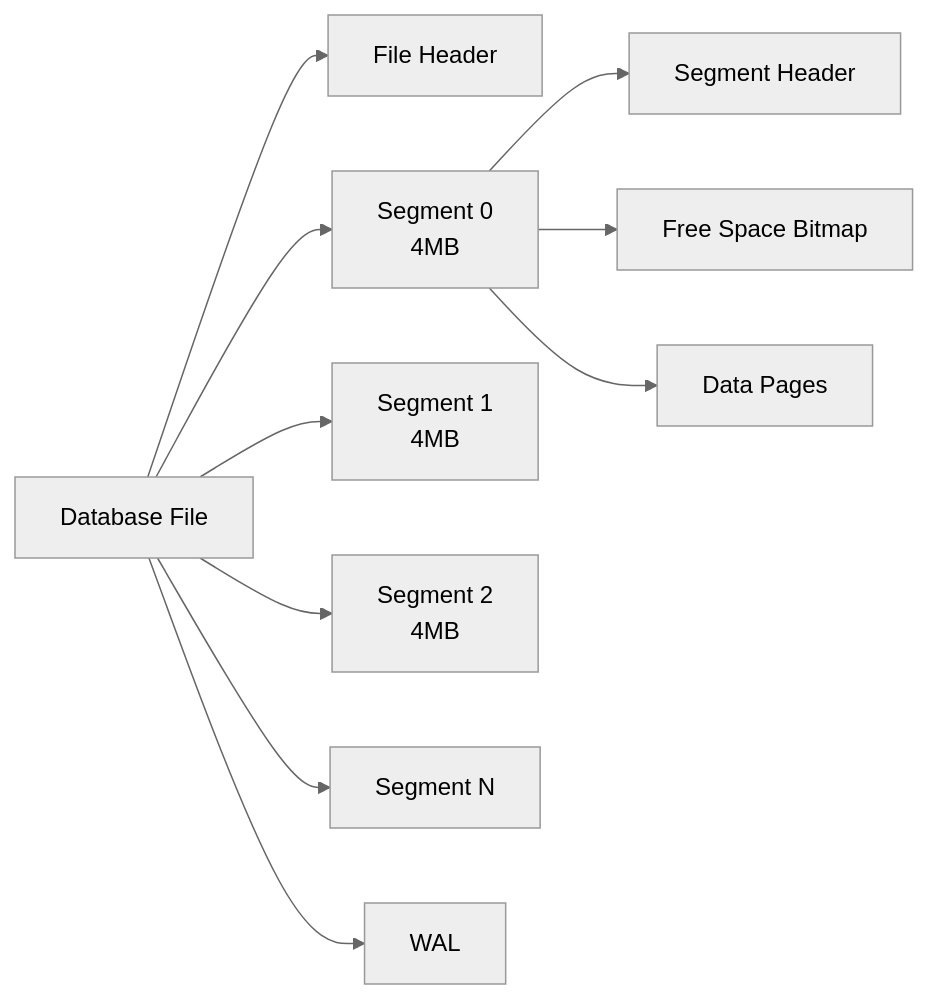
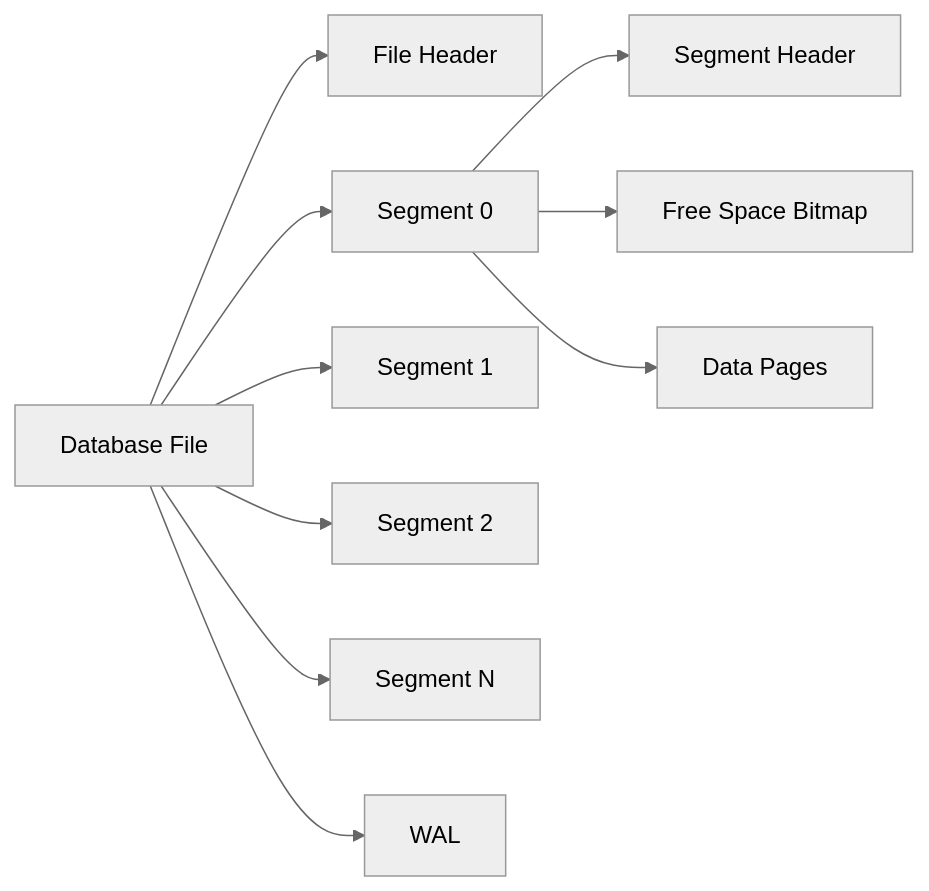
Before and after one commit to nexepic/zyx: the third of 5 diagrams in docs/en/architecture/segment-format.md, drawn with Mermaid (neutral theme). The commit also changed other lines of this file and 21 other files, not shown here.

First line of the commit message:
fix: resolve Mermaid diagram display issues in VitePress

````diff
--- a/docs/en/architecture/segment-format.md
+++ b/docs/en/architecture/segment-format.md
@@ -121,13 +121,13 @@
 ```mermaid
 graph LR
     A[Database File] --> B[File Header]
-    A --> C[Segment 0<br/>4MB]
-    A --> D[Segment 1<br/>4MB]
-    A --> E[Segment 2<br/>4MB]
+    A --> C[Segment 0]
+    A --> D[Segment 1]
+    A --> E[Segment 2]
     A --> F[Segment N]
     A --> G[WAL]
 
     C --> H[Segment Header]
     C --> I[Free Space Bitmap]
     C --> J[Data Pages]
 ```
````
